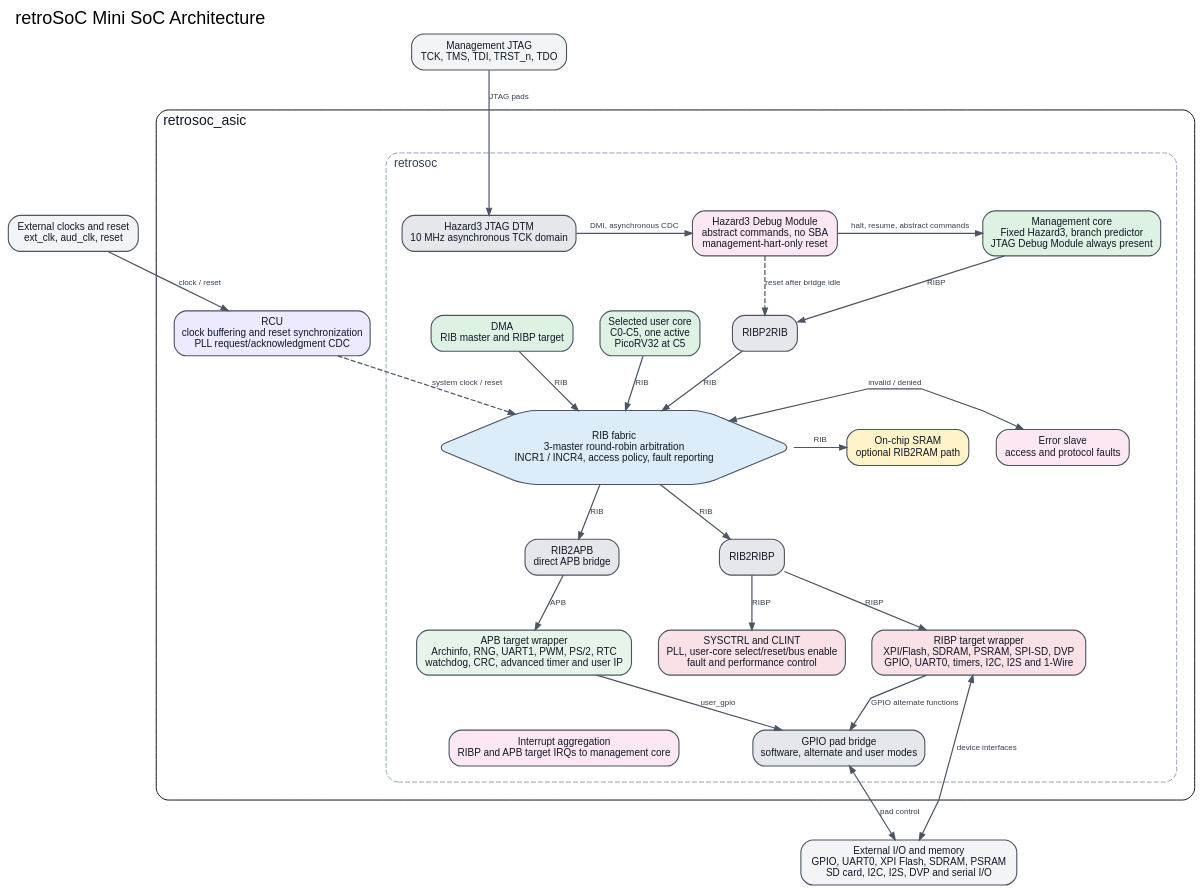
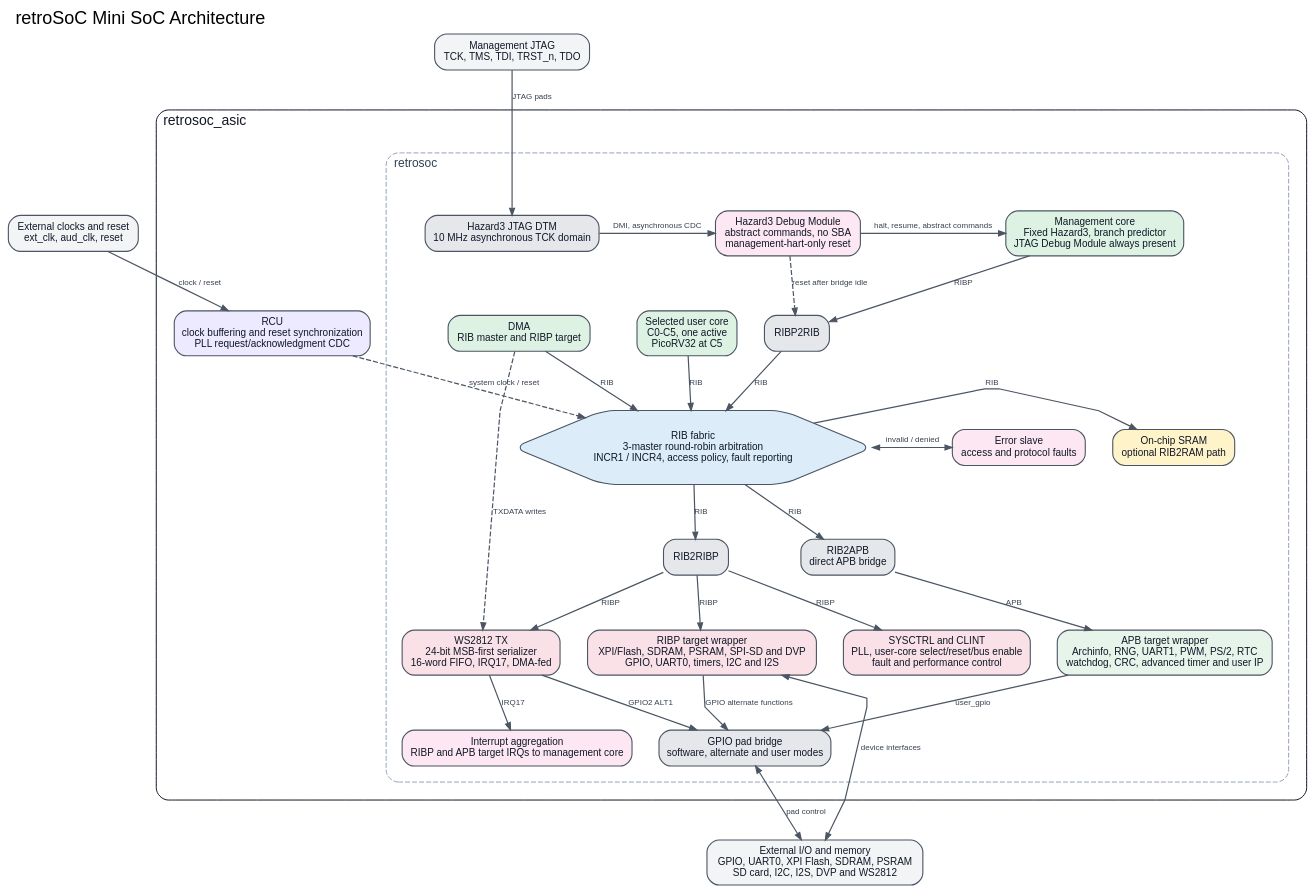
One commit to retroSoC/retroSoC changed the diagram in docs/mini-soc-block-diagram.dot. Above: the diagram before and after it, drawn with Graphviz. The commit also changed 45 other files, not shown here.

```diff
--- a/docs/mini-soc-block-diagram.dot
+++ b/docs/mini-soc-block-diagram.dot
@@ -1,176 +1,184 @@
 // Mini SoC architecture overview.
 // Render with: dot -Tsvg docs/mini-soc-block-diagram.dot -o docs/mini-soc-block-diagram.svg
 // Sources of truth: rtl/mini/top/{retrosoc_asic,retrosoc,bus}.sv and
 // rtl/mini/integration/{soc_topology,user_extensions,clock_reset_domains}.json.
 digraph mini_soc_block_diagram {
   graph [
     bgcolor="transparent",
     compound=true,
     fontname="Arial",
     fontsize=18,
     label="retroSoC Mini SoC Architecture",
     labelloc="t",
     labeljust="l",
     newrank=true,
     nodesep=0.38,
     rankdir=TB,
     ranksep=0.62,
     splines=polyline
   ];
 
   node [
     color="#4B5563",
     fontcolor="#111827",
     fontname="Arial",
     fontsize=10,
     margin="0.12,0.08",
     penwidth=1.1,
     shape=box,
     style="rounded,filled"
   ];
   edge [
     arrowsize=0.7,
     color="#4B5563",
     fontcolor="#374151",
     fontname="Arial",
     fontsize=8,
     penwidth=1.2
   ];
 
   ext_clock [
     fillcolor="#F3F4F6",
     label="External clocks and reset\next_clk, aud_clk, reset"
   ];
   ext_io [
     fillcolor="#F3F4F6",
-    label="External I/O and memory\nGPIO, UART0, XPI Flash, SDRAM, PSRAM\nSD card, I2C, I2S, DVP and serial I/O"
+    label="External I/O and memory\nGPIO, UART0, XPI Flash, SDRAM, PSRAM\nSD card, I2C, I2S, DVP and WS2812"
   ];
   ext_jtag [
     fillcolor="#F3F4F6",
     label="Management JTAG\nTCK, TMS, TDI, TRST_n, TDO"
   ];
 
   subgraph cluster_asic {
     color="#111827";
     fontcolor="#111827";
     fontname="Arial";
     fontsize=14;
     label="retrosoc_asic";
     margin=18;
     style="rounded";
 
     rcu [
       fillcolor="#EDE9FE",
       label="RCU\nclock buffering and reset synchronization\nPLL request/acknowledgment CDC"
     ];
 
     subgraph cluster_soc {
       color="#94A3B8";
       fontcolor="#334155";
       fontname="Arial";
       fontsize=12;
       label="retrosoc";
       margin=16;
       style="rounded,dashed";
 
       mgmt_core [
         fillcolor="#DDF2E3",
         label="Management core\nFixed Hazard3, branch predictor\nJTAG Debug Module always present"
       ];
       jtag_dtm [
         fillcolor="#E5E7EB",
         label="Hazard3 JTAG DTM\n10 MHz asynchronous TCK domain"
       ];
       debug_module [
         fillcolor="#FCE7F3",
         label="Hazard3 Debug Module\nabstract commands, no SBA\nmanagement-hart-only reset"
       ];
       mgmt_adapter [
         fillcolor="#E5E7EB",
         label="RIBP2RIB"
       ];
       user_core [
         fillcolor="#DDF2E3",
         label="Selected user core\nC0-C5, one active\nPicoRV32 at C5"
       ];
       dma [
         fillcolor="#DDF2E3",
         label="DMA\nRIB master and RIBP target"
       ];
       fabric [
         fillcolor="#DCECF8",
         label="RIB fabric\n3-master round-robin arbitration\nINCR1 / INCR4, access policy, fault reporting",
         shape=hexagon
       ];
       fault [
         fillcolor="#FCE7F3",
         label="Error slave\naccess and protocol faults"
       ];
       sram [
         fillcolor="#FFF3C9",
         label="On-chip SRAM\noptional RIB2RAM path"
       ];
       ribp_adapter [
         fillcolor="#E5E7EB",
         label="RIB2RIBP"
       ];
       apb_adapter [
         fillcolor="#E5E7EB",
         label="RIB2APB\ndirect APB bridge"
       ];
       sysctrl [
         fillcolor="#F9E1E7",
         label="SYSCTRL and CLINT\nPLL, user-core select/reset/bus enable\nfault and performance control"
       ];
       ribp_targets [
         fillcolor="#F9E1E7",
-        label="RIBP target wrapper\nXPI/Flash, SDRAM, PSRAM, SPI-SD, DVP\nGPIO, UART0, timers, I2C, I2S and 1-Wire"
+        label="RIBP target wrapper\nXPI/Flash, SDRAM, PSRAM, SPI-SD and DVP\nGPIO, UART0, timers, I2C and I2S"
+      ];
+      ws2812 [
+        fillcolor="#F9E1E7",
+        label="WS2812 TX\n24-bit MSB-first serializer\n16-word FIFO, IRQ17, DMA-fed"
       ];
       apb_targets [
         fillcolor="#E6F4EA",
         label="APB target wrapper\nArchinfo, RNG, UART1, PWM, PS/2, RTC\nwatchdog, CRC, advanced timer and user IP"
       ];
       gpio_bridge [
         fillcolor="#E5E7EB",
         label="GPIO pad bridge\nsoftware, alternate and user modes"
       ];
       irq [
         fillcolor="#FCE7F3",
         label="Interrupt aggregation\nRIBP and APB target IRQs to management core"
       ];
     }
   }
 
   { rank=same; jtag_dtm; debug_module; mgmt_core; }
   { rank=same; user_core; dma; }
   { rank=same; fault; fabric; sram; }
   { rank=same; ribp_adapter; apb_adapter; }
-  { rank=same; sysctrl; ribp_targets; apb_targets; }
+  { rank=same; sysctrl; ribp_targets; ws2812; apb_targets; }
   { rank=same; gpio_bridge; irq; }
 
   ext_clock -> rcu [label="clock / reset"];
   ext_jtag -> jtag_dtm [label="JTAG pads"];
   rcu -> fabric [label="system clock / reset", style=dashed];
 
   jtag_dtm -> debug_module [label="DMI, asynchronous CDC"];
   debug_module -> mgmt_core [label="halt, resume, abstract commands"];
   debug_module -> mgmt_adapter [label="reset after bridge idle", style=dashed];
 
   mgmt_core -> mgmt_adapter [label="RIBP"];
   mgmt_adapter -> fabric [label="RIB"];
   user_core -> fabric [label="RIB"];
   dma -> fabric [label="RIB"];
 
   fabric -> fault [label="invalid / denied", dir=both];
   fabric -> sram [label="RIB"];
   fabric -> ribp_adapter [label="RIB"];
   fabric -> apb_adapter [label="RIB"];
   ribp_adapter -> sysctrl [label="RIBP"];
   ribp_adapter -> ribp_targets [label="RIBP"];
+  ribp_adapter -> ws2812 [label="RIBP"];
   apb_adapter -> apb_targets [label="APB"];
 
   ribp_targets -> gpio_bridge [label="GPIO alternate functions"];
+  ws2812 -> gpio_bridge [label="GPIO2 ALT1"];
+  dma -> ws2812 [label="TXDATA writes", style=dashed];
+  ws2812 -> irq [label="IRQ17"];
   apb_targets -> gpio_bridge [label="user_gpio"];
   ribp_targets -> ext_io [dir=both, label="device interfaces"];
   gpio_bridge -> ext_io [dir=both, label="pad control"];
 }
```
